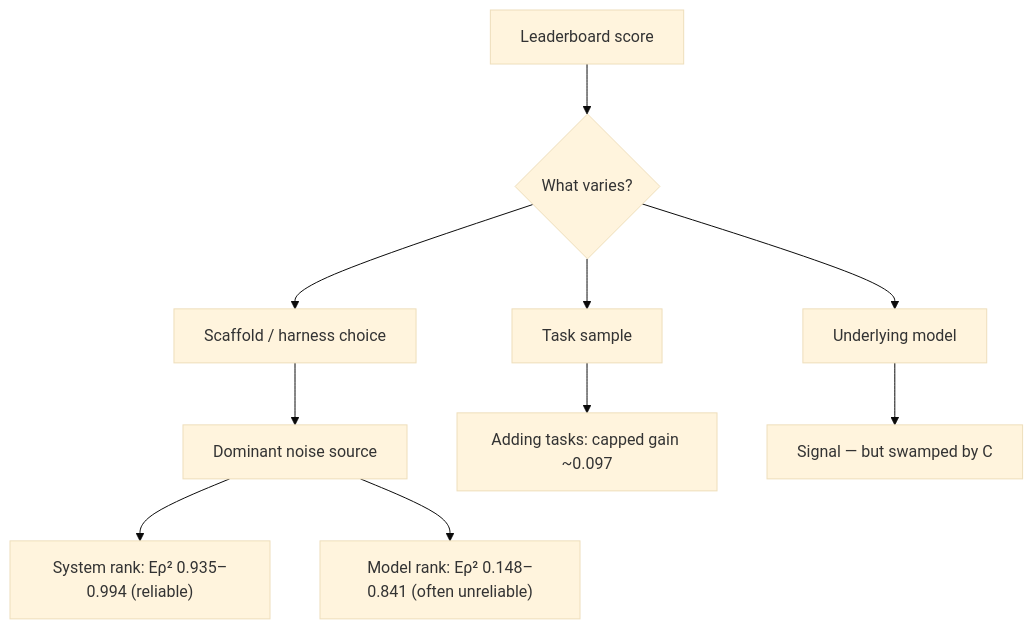
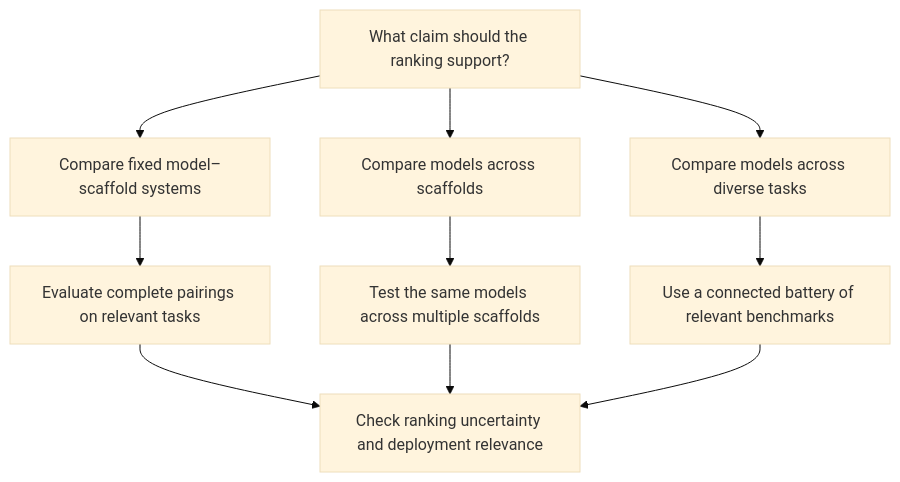
Before and after one commit to minwu-ai/minwu-ai.github.io: the diagram in posts/unpublished/stanford-s-new-math-says-your-leaderboard-rank-is-measuring-.md, drawn with Mermaid (base theme). The commit also changed other lines of this file, not shown here.

First line of the commit message:
Revise article on agent leaderboard rankings and evaluation

````diff
--- a/posts/unpublished/stanford-s-new-math-says-your-leaderboard-rank-is-measuring-.md
+++ b/posts/unpublished/stanford-s-new-math-says-your-leaderboard-rank-is-measuring-.md
@@ -27,12 +43,12 @@
 ```mermaid
 flowchart TD
-    A["Leaderboard score"] --> B{"What varies?"}
-    B --> C["Scaffold / harness choice"]
-    B --> D["Task sample"]
-    B --> E["Underlying model"]
-    C --> F["Dominant noise source"]
-    D --> G["Adding tasks: capped gain ~0.097"]
-    E --> H["Signal — but swamped by C"]
-    F --> I["System rank: Eρ² 0.935–0.994 (reliable)"]
-    F --> J["Model rank: Eρ² 0.148–0.841 (often unreliable)"]
+    A["What claim should the ranking support?"] --> B["Compare fixed model–scaffold systems"]
+    A --> C["Compare models across scaffolds"]
+    A --> D["Compare models across diverse tasks"]
+    B --> E["Evaluate complete pairings on relevant tasks"]
+    C --> F["Test the same models across multiple scaffolds"]
+    D --> G["Use a connected battery of relevant benchmarks"]
+    E --> H["Check ranking uncertainty and deployment relevance"]
+    F --> H
+    G --> H
 ```
````
